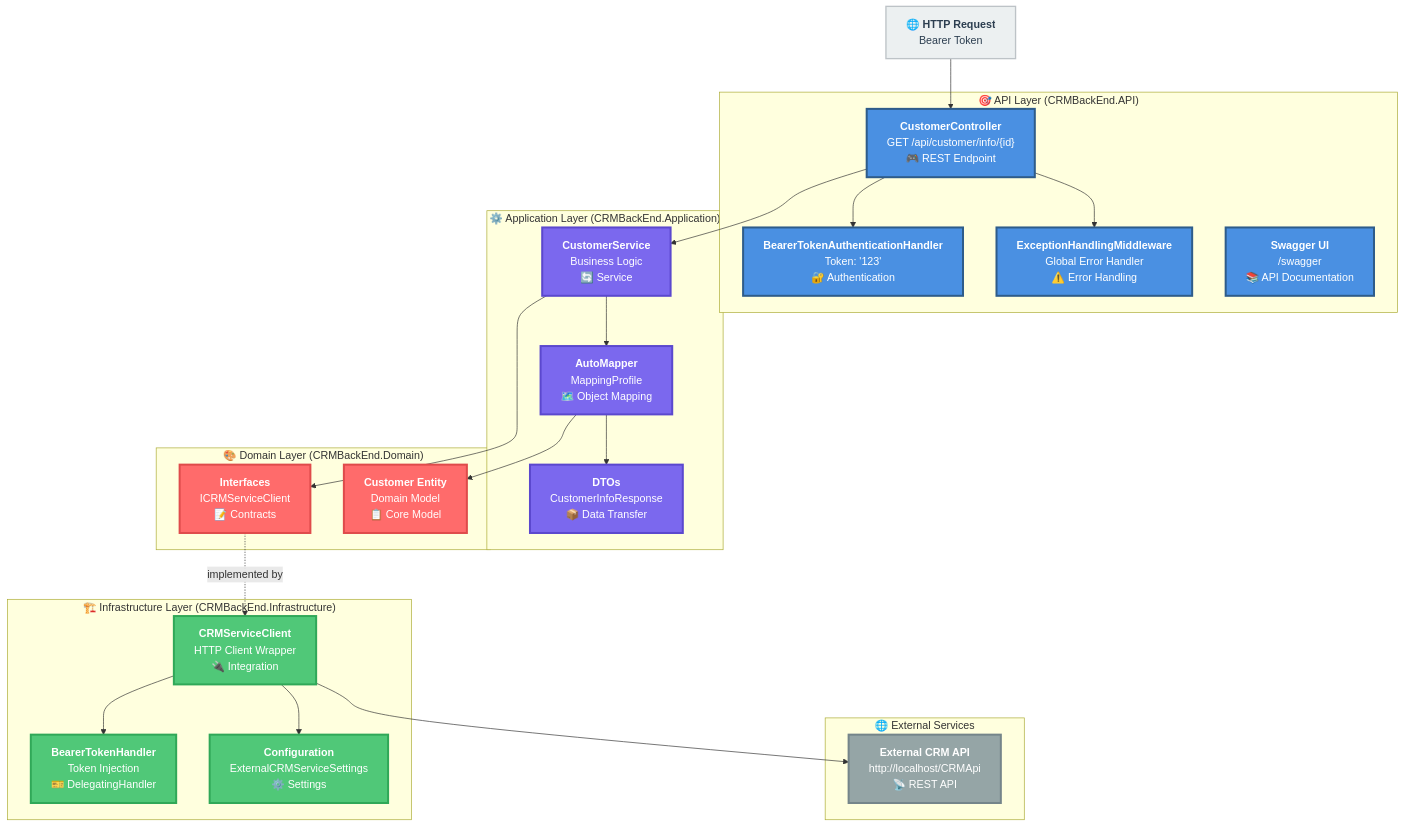
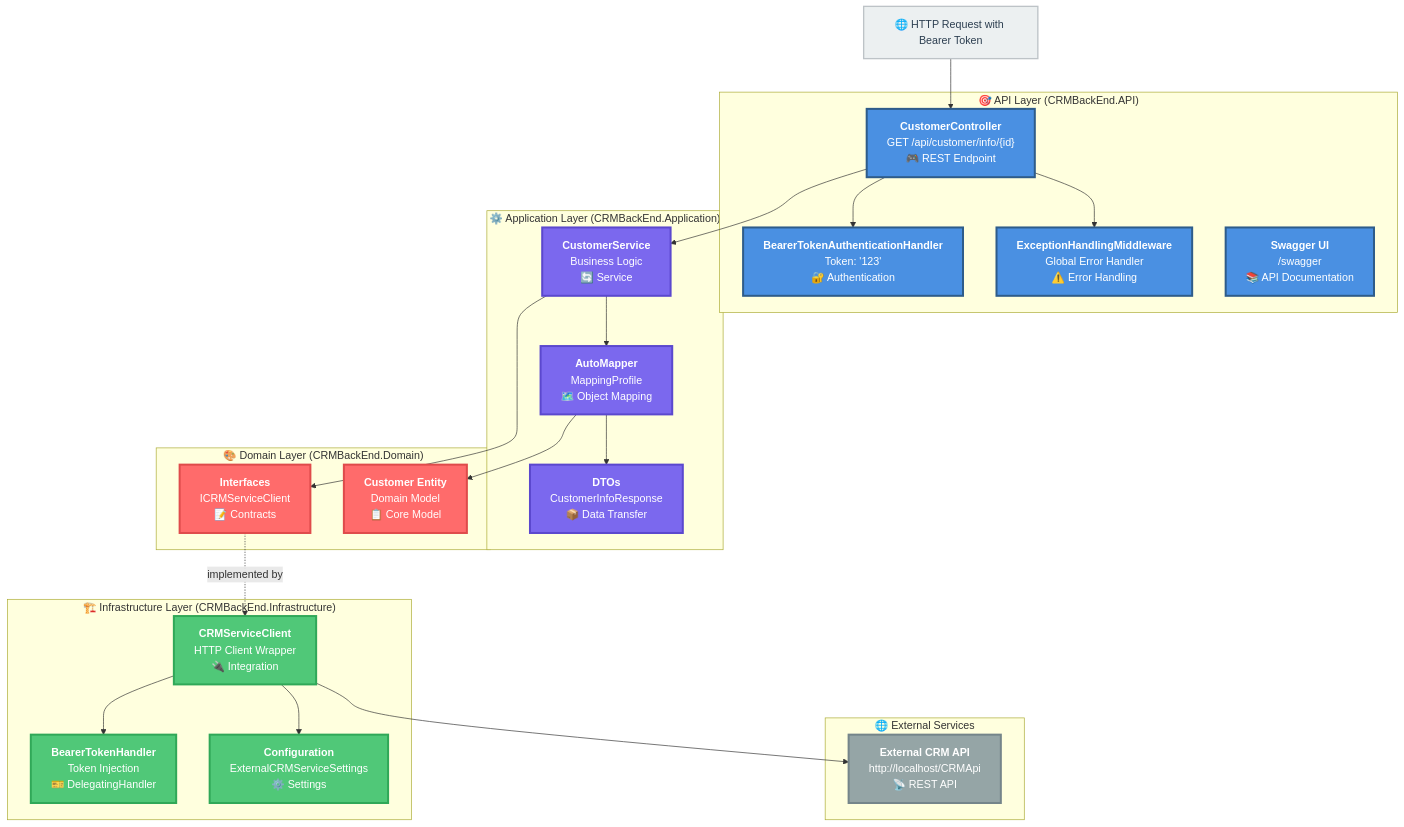
The diagram in docs/architecture-diagram.md (Benjamin-FC/CRMBackEnd), drawn with Mermaid before and after one commit.

````diff
--- a/docs/architecture-diagram.md
+++ b/docs/architecture-diagram.md
@@ -1,65 +1,65 @@
 ```mermaid
 graph TD
-    CLIENT_REQ["🌐 <b>HTTP Request</b><br/>Bearer Token"]
+    CLIENT_REQ["🌐 HTTP Request with Bearer Token"]
 
-    subgraph API["🎯 API Layer (CRMBackEnd.API)"]
+    subgraph API["                    🎯 API Layer (CRMBackEnd.API)                    "]
         CTRL["<b>CustomerController</b><br/>GET /api/customer/info/{id}<br/>🎮 REST Endpoint"]
         AUTH["<b>BearerTokenAuthenticationHandler</b><br/>Token: '123'<br/>🔐 Authentication"]
         MID["<b>ExceptionHandlingMiddleware</b><br/>Global Error Handler<br/>⚠️ Error Handling"]
         SWAGGER["<b>Swagger UI</b><br/>/swagger<br/>📚 API Documentation"]
     end
 
-    subgraph APP["⚙️ Application Layer (CRMBackEnd.Application)"]
+    subgraph APP["              ⚙️ Application Layer (CRMBackEnd.Application)              "]
         SVC["<b>CustomerService</b><br/>Business Logic<br/>🔄 Service"]
         MAP["<b>AutoMapper</b><br/>MappingProfile<br/>🗺️ Object Mapping"]
         DTO["<b>DTOs</b><br/>CustomerInfoResponse<br/>📦 Data Transfer"]
     end
 
-    subgraph DOMAIN["🎨 Domain Layer (CRMBackEnd.Domain)"]
+    subgraph DOMAIN["                  🎨 Domain Layer (CRMBackEnd.Domain)                  "]
         INT["<b>Interfaces</b><br/>ICRMServiceClient<br/>📝 Contracts"]
         ENT["<b>Customer Entity</b><br/>Domain Model<br/>📋 Core Model"]
     end
 
-    subgraph INFRA["🏗️ Infrastructure Layer (CRMBackEnd.Infrastructure)"]
+    subgraph INFRA["           🏗️ Infrastructure Layer (CRMBackEnd.Infrastructure)           "]
         CLIENT["<b>CRMServiceClient</b><br/>HTTP Client Wrapper<br/>🔌 Integration"]
         HANDLER["<b>BearerTokenHandler</b><br/>Token Injection<br/>🎫 DelegatingHandler"]
         CONFIG["<b>Configuration</b><br/>ExternalCRMServiceSettings<br/>⚙️ Settings"]
     end
 
-    subgraph External["🌐 External Services"]
+    subgraph External["                         🌐 External Services                         "]
         CRM["<b>External CRM API</b><br/>http://localhost/CRMApi<br/>📡 REST API"]
     end
 
     %% Request flow top to bottom
     CLIENT_REQ --> CTRL
     CTRL --> AUTH
     CTRL --> MID
     CTRL --> SVC
     
     SVC --> MAP
     SVC --> INT
     
     MAP --> ENT
     MAP --> DTO
     
     INT -.->|"implemented by"| CLIENT
     
     CLIENT --> CONFIG
     CLIENT --> HANDLER
     CLIENT --> CRM
 
     %% Styling
     classDef apiStyle fill:#4A90E2,stroke:#2E5C8A,stroke-width:3px,color:#fff
     classDef appStyle fill:#7B68EE,stroke:#5B48CE,stroke-width:3px,color:#fff
     classDef domainStyle fill:#FF6B6B,stroke:#DF4B4B,stroke-width:3px,color:#fff
     classDef infraStyle fill:#50C878,stroke:#30A858,stroke-width:3px,color:#fff
     classDef externalStyle fill:#95A5A6,stroke:#75858A,stroke-width:3px,color:#fff
     classDef clientStyle fill:#ECF0F1,stroke:#BDC3C7,stroke-width:2px,color:#2C3E50
 
     class CTRL,AUTH,MID,SWAGGER apiStyle
     class SVC,DTO,MAP appStyle
     class INT,ENT domainStyle
     class CLIENT,HANDLER,CONFIG infraStyle
     class CRM externalStyle
     class CLIENT_REQ clientStyle
 ```
````
